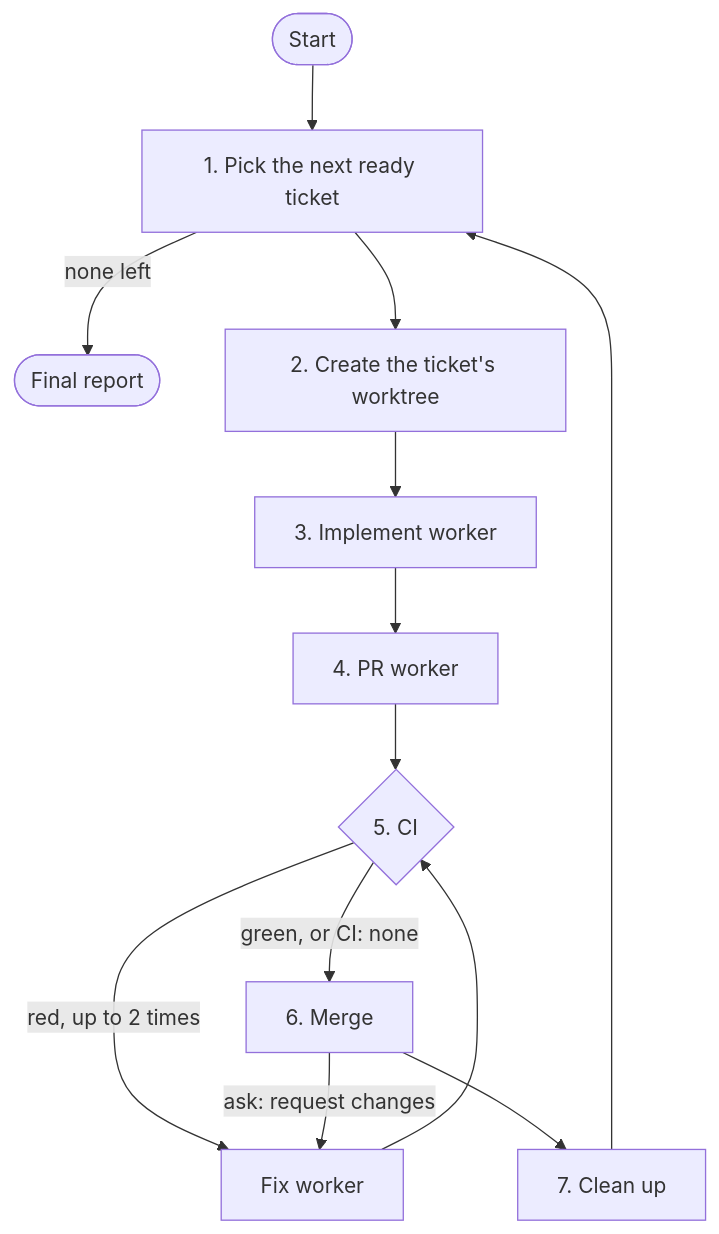
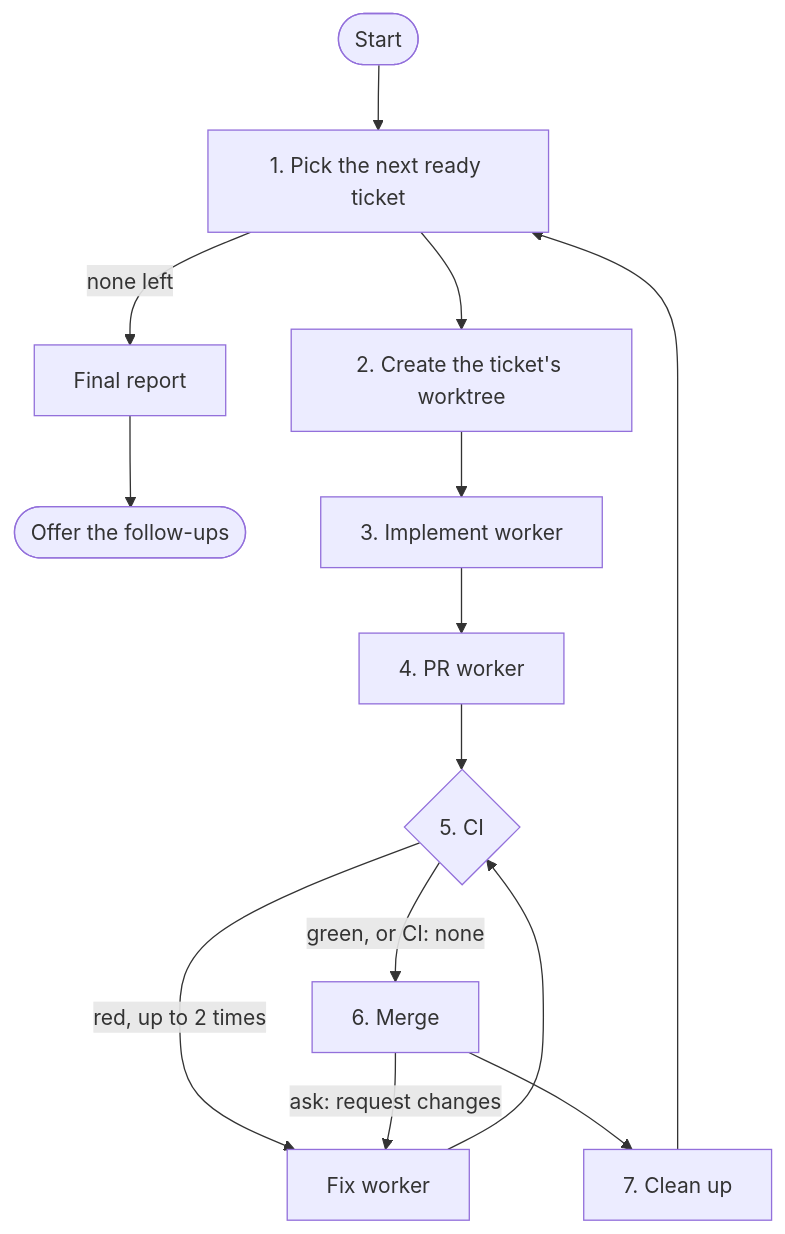
Before and after one commit to samfaina/agent-skills: the diagram in docs/how-it-works.md, drawn with Mermaid. The commit also changed other lines of this file and 8 other files, not shown here.

First line of the commit message:
Offer the workers' follow-ups as new issues at the end of a run

````diff
--- a/docs/how-it-works.md
+++ b/docs/how-it-works.md
@@ -14,16 +14,17 @@
 ```mermaid
 flowchart TD
     %% #46; is a dot. Mermaid reads a bare "1. " as a Markdown list and shows "Unsupported markdown: list".
     start([Start]) --> pick[1#46; Pick the next ready ticket]
-    pick -->|none left| report([Final report])
+    pick -->|none left| report[Final report]
+    report --> followups([Offer the follow-ups])
     pick --> wt[2#46; Create the ticket's worktree]
     wt --> impl[3#46; Implement worker]
     impl --> pr[4#46; PR worker]
     pr --> ci{5#46; CI}
     ci -->|green, or CI: none| merge[6#46; Merge]
     ci -->|red, up to 2 times| fix[Fix worker]
     fix --> ci
     merge -->|ask: request changes| fix
     merge --> clean[7#46; Clean up]
     clean --> pick
 ```
````
